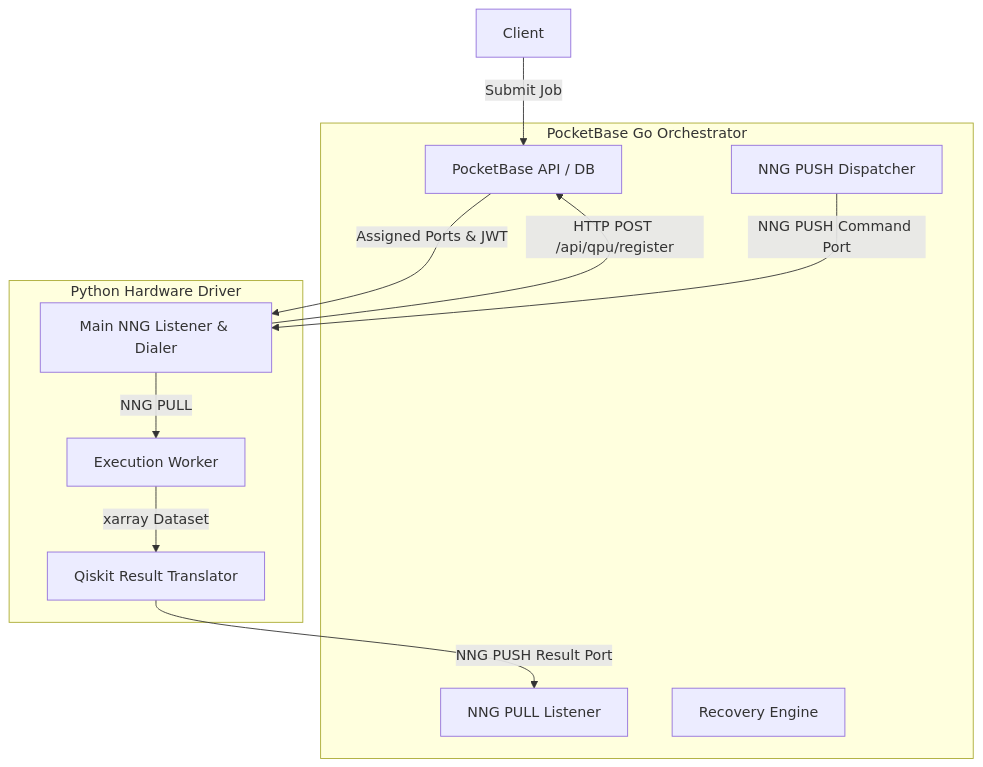
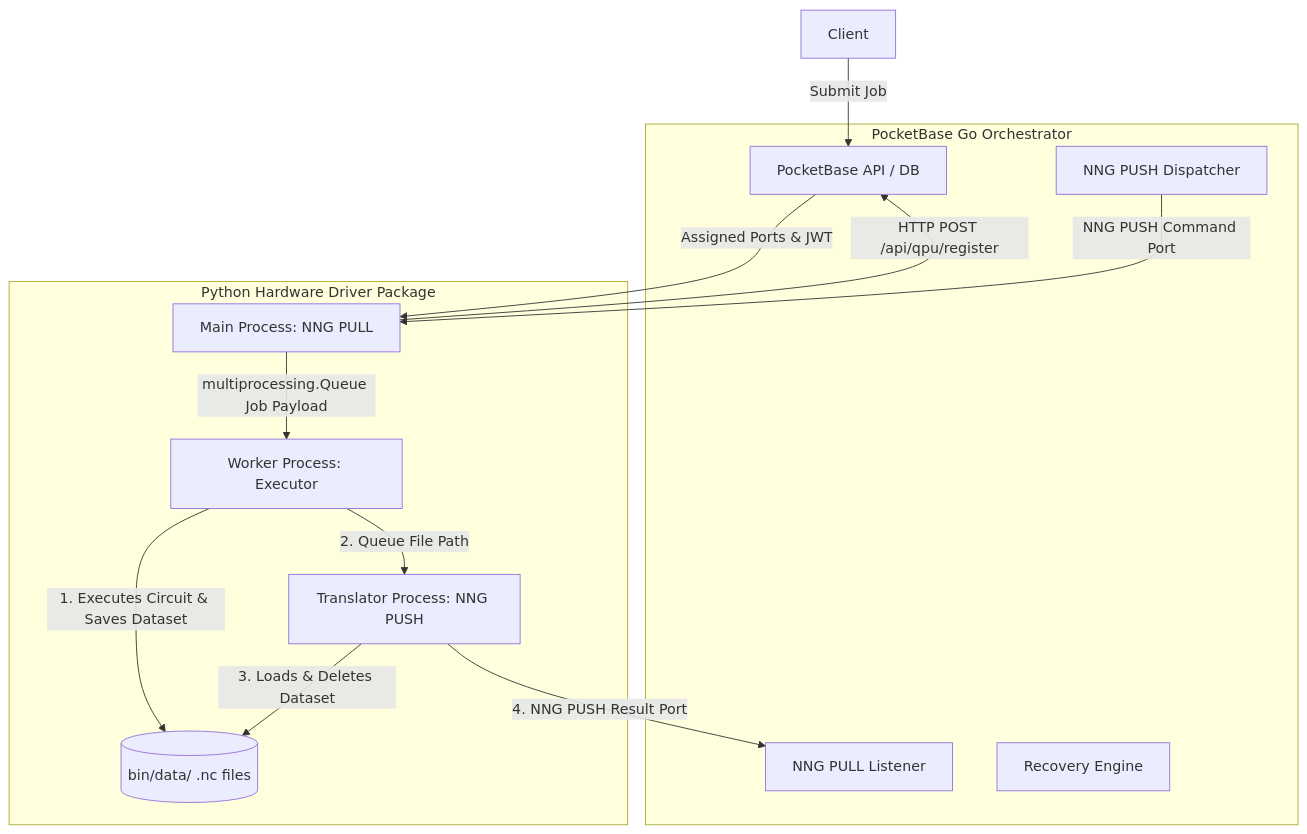
Before and after one commit to sopherapps/qpi: the diagram in README.md, drawn with Mermaid. The commit also changed other lines of this file and 17 other files, not shown here.

Commit message:
Refactor python hardware driver to extensible qpi-driver package with multiprocessing

````diff
--- a/README.md
+++ b/README.md
@@ -16,28 +20,31 @@
 ```mermaid
 graph TD
     subgraph pocketbase [PocketBase Go Orchestrator]
         PB[PocketBase API / DB]
         Dispatcher[NNG PUSH Dispatcher]
         Listener[NNG PULL Listener]
         Recovery[Recovery Engine]
     end
 
-    subgraph python_driver [Python Hardware Driver]
-        MainProc[Main NNG Listener & Dialer]
-        Worker[Execution Worker]
-        Translator[Qiskit Result Translator]
+    subgraph python_driver [Python Hardware Driver Package]
+        MainProc[Main Process: NNG PULL]
+        Worker[Worker Process: Executor]
+        Translator[Translator Process: NNG PUSH]
+        DataDir[(bin/data/ .nc files)]
     end
 
     %% Client Interactions
     User[Client] -->|Submit Job| PB
     
     %% Handshake & Registration
     MainProc -->|HTTP POST /api/qpu/register| PB
     PB -->|Assigned Ports & JWT| MainProc
     
-    %% IPC Sockets
+    %% Multiprocessing Communication
     Dispatcher -->|NNG PUSH Command Port| MainProc
-    MainProc -->|NNG PULL| Worker
-    Worker -->|xarray Dataset| Translator
-    Translator -->|NNG PUSH Result Port| Listener
+    MainProc -->|multiprocessing.Queue Job Payload| Worker
+    Worker -->|1. Executes Circuit & Saves Dataset| DataDir
+    Worker -->|2. Queue File Path| Translator
+    Translator -->|3. Loads & Deletes Dataset| DataDir
+    Translator -->|4. NNG PUSH Result Port| Listener
 ```
````
